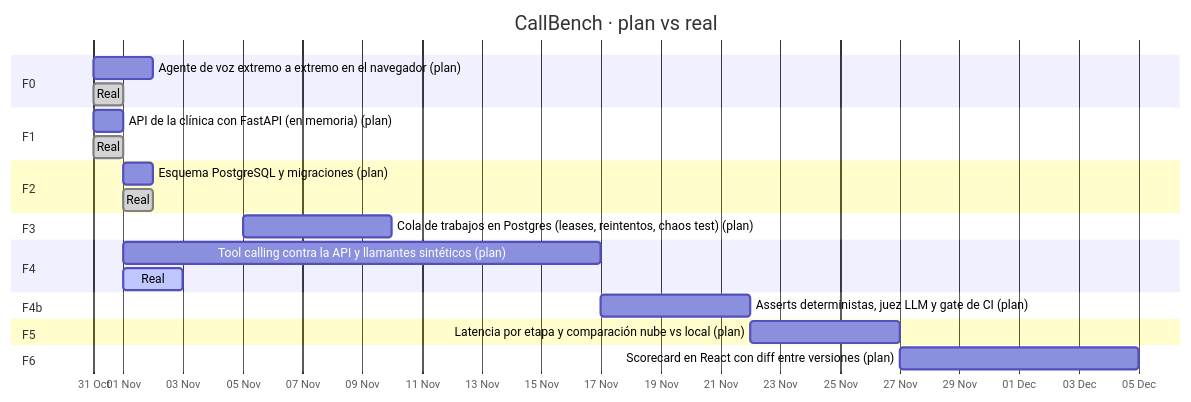
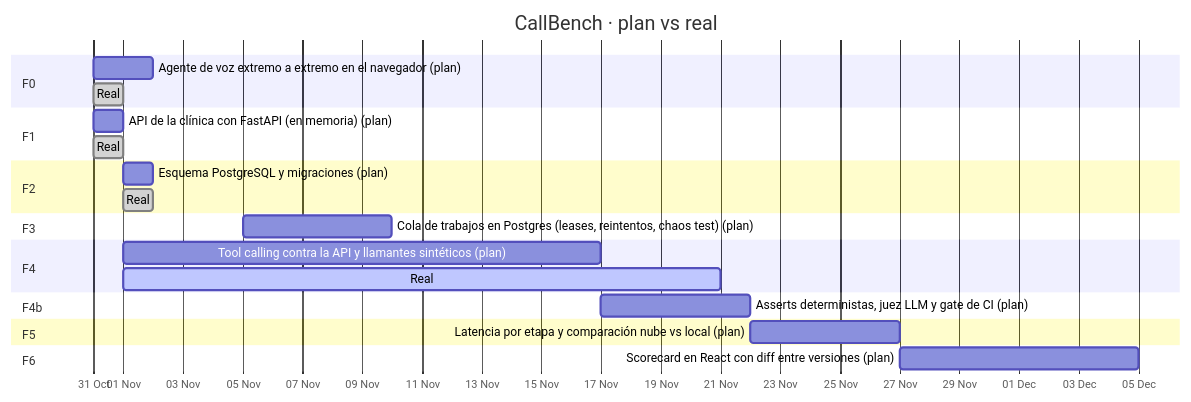
The diagram in docs/bitacora/GANTT.md (gabrielespelleta94/callbench), drawn with Mermaid before and after one commit. The commit also changed other lines of this file and 5 other files, not shown here.

````diff
--- a/docs/bitacora/GANTT.md
+++ b/docs/bitacora/GANTT.md
@@ -9,27 +9,27 @@
 ```mermaid
 gantt
     title CallBench · plan vs real
     dateFormat YYYY-MM-DD
     axisFormat %d %b
     todayMarker on
     section F0
     Agente de voz extremo a extremo en el navegador (plan) :F0p, 2026-10-31, 2026-11-02
     Real :done, F0r, 2026-10-31, 2026-11-01
     section F1
     API de la clínica con FastAPI (en memoria) (plan) :F1p, 2026-10-31, 2026-11-01
     Real :done, F1r, 2026-10-31, 2026-11-01
     section F2
     Esquema PostgreSQL y migraciones (plan) :F2p, 2026-11-01, 2026-11-02
     Real :done, F2r, 2026-11-01, 2026-11-02
     section F3
     Cola de trabajos en Postgres (leases, reintentos, chaos test) (plan) :F3p, 2026-11-05, 2026-11-10
     section F4
     Tool calling contra la API y llamantes sintéticos (plan) :F4p, 2026-11-01, 2026-11-17
-    Real :active, F4r, 2026-11-01, 2026-11-03
+    Real :active, F4r, 2026-11-01, 2026-11-21
     section F4b
     Asserts deterministas, juez LLM y gate de CI (plan) :F4bp, 2026-11-17, 2026-11-22
     section F5
     Latencia por etapa y comparación nube vs local (plan) :F5p, 2026-11-22, 2026-11-27
     section F6
     Scorecard en React con diff entre versiones (plan) :F6p, 2026-11-27, 2026-12-05
 ```
````
